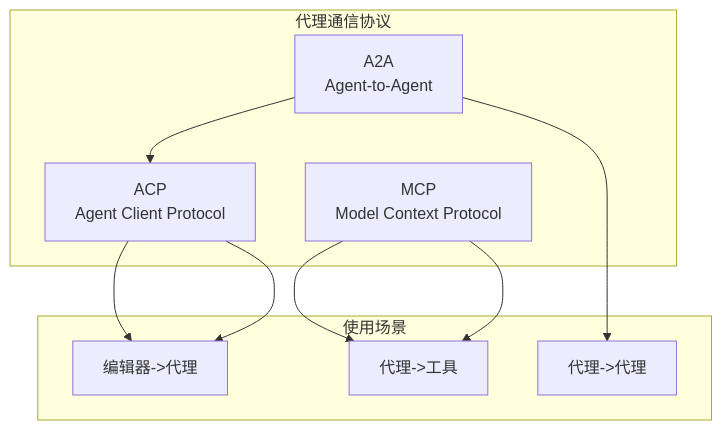
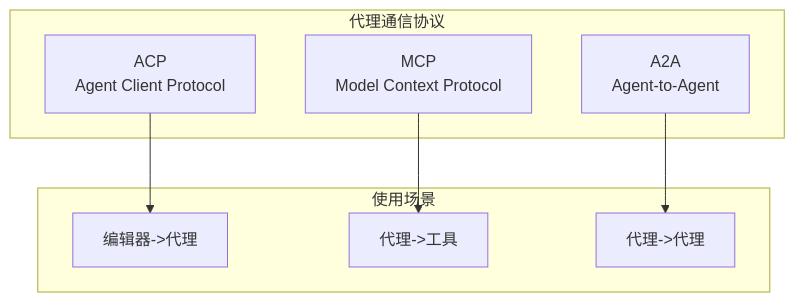
The fifth of 6 diagrams in progress/external-acp.md (MiyakoMeow/neco), drawn with Mermaid before and after one commit. The commit also changed 8 other files, not shown here.

````diff
--- a/progress/external-acp.md
+++ b/progress/external-acp.md
@@ -462,21 +462,18 @@
 ```mermaid
 flowchart TB
     subgraph AgentProtocols["代理通信协议"]
         ACP[ACP<br/>Agent Client Protocol]
         MCP[MCP<br/>Model Context Protocol]
         A2A[A2A<br/>Agent-to-Agent]
     end
     
     subgraph UseCases["使用场景"]
         EditorAgent[编辑器->代理]
         AgentTool[代理->工具]
         AgentAgent[代理->代理]
     end
-    
-    ACP --> EditorAgent
-    MCP --> AgentTool
-    A2A --> 
+
     ACP --> EditorAgent
     MCP --> AgentTool
     A2A --> AgentAgent
 ```
````
